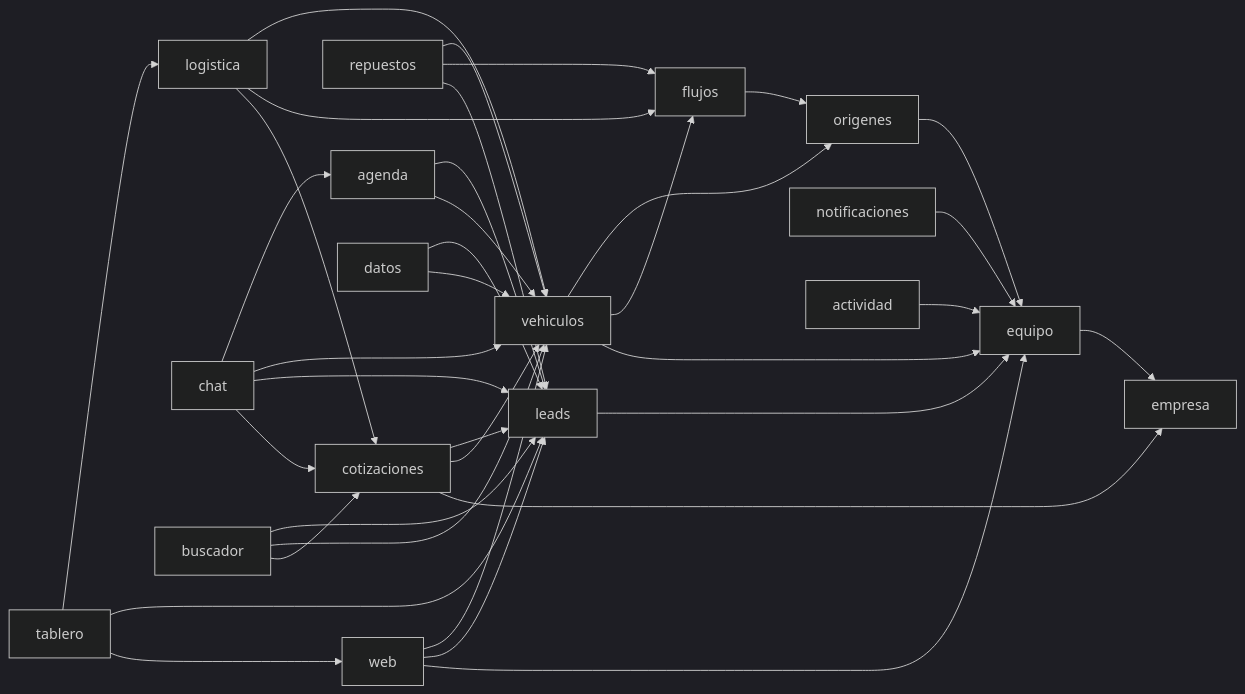
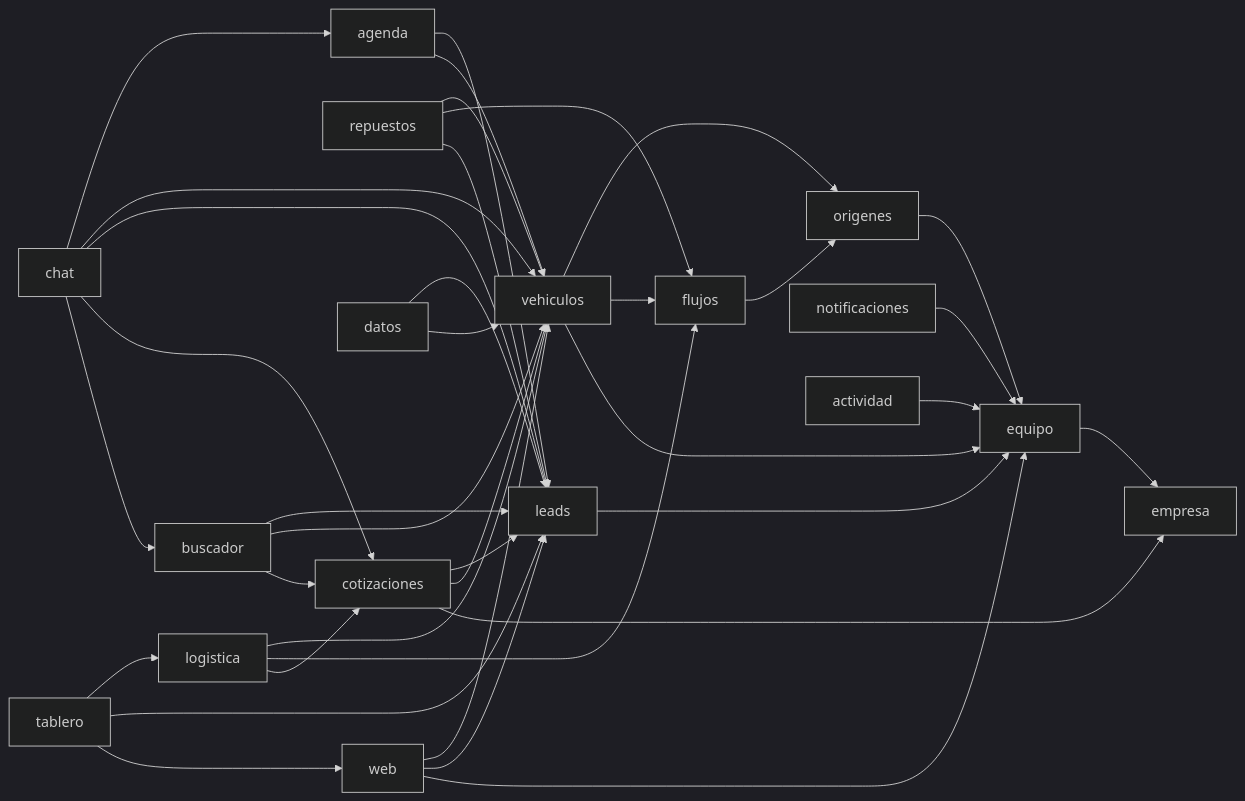
One commit to AndresEduardoRA/calesa.app changed the diagram in docs/ARQUITECTURA.md. Above: the diagram before and after it, drawn with Mermaid (dark theme). The commit also changed 3 other files, not shown here.

````diff
--- a/docs/ARQUITECTURA.md
+++ b/docs/ARQUITECTURA.md
@@ -9,38 +9,39 @@
 ```mermaid
 flowchart LR
   equipo --> empresa
   origenes --> equipo
   flujos --> origenes
   vehiculos --> origenes
   vehiculos --> flujos
   vehiculos --> equipo
   leads --> equipo
   cotizaciones --> leads
   cotizaciones --> vehiculos
   cotizaciones --> empresa
   logistica --> vehiculos
   logistica --> flujos
   logistica --> cotizaciones
   repuestos --> vehiculos
   repuestos --> flujos
   repuestos --> leads
   agenda --> leads
   agenda --> vehiculos
   chat --> agenda
   chat --> vehiculos
   chat --> leads
   chat --> cotizaciones
+  chat --> buscador
   notificaciones --> equipo
   actividad --> equipo
   web --> vehiculos
   web --> leads
   web --> equipo
   buscador --> leads
   buscador --> vehiculos
   buscador --> cotizaciones
   tablero --> logistica
   tablero --> leads
   tablero --> web
   datos --> leads
   datos --> vehiculos
 ```
````
